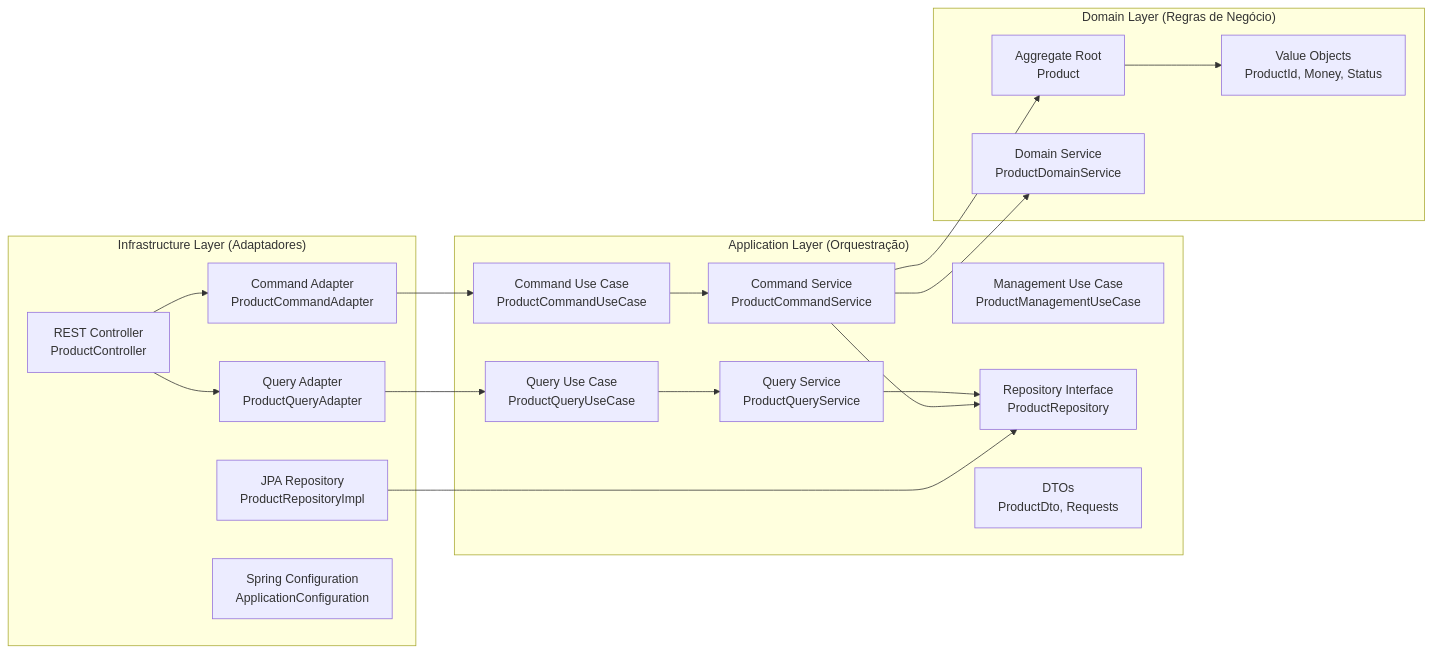
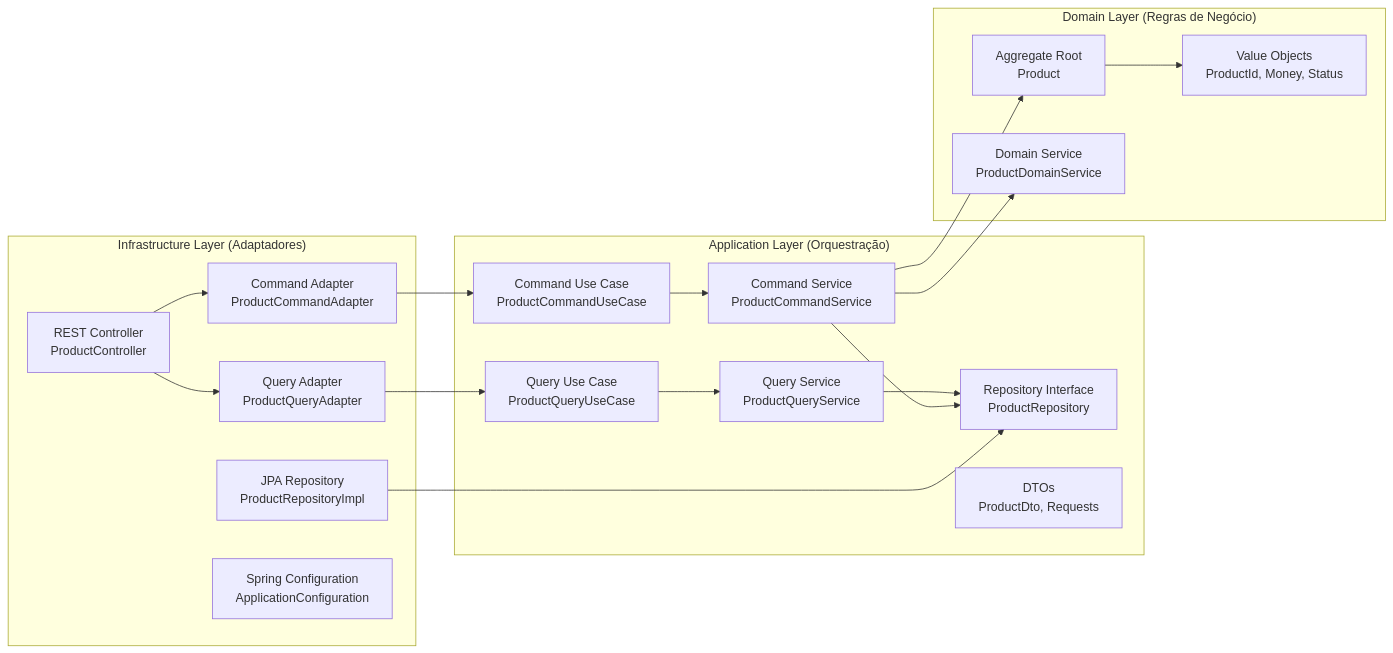
Before and after one commit to cvagheti/microservice-ddd-hexagonal: the second of 4 diagrams in README.md, drawn with Mermaid. The commit also changed other lines of this file, not shown here.

Commit message:
docs(readme): remove ProductManagementUseCase references from documentation
- Deleted 'ProductManagementUseCase' node from architecture diagram
- Removed 'ProductManagementUseCase' description from Ports section
- Updated documentation to reflect current use case structure without unified interface
- Cleaned up redundant lines to maintain clarity and consistency

````diff
--- a/README.md
+++ b/README.md
@@ -84,43 +84,42 @@
 ```mermaid
 graph LR
     subgraph "Infrastructure Layer (Adaptadores)"
         REST["REST Controller<br/>ProductController"]
         CommandAdapter["Command Adapter<br/>ProductCommandAdapter"]
         QueryAdapter["Query Adapter<br/>ProductQueryAdapter"]
         Persistence["JPA Repository<br/>ProductRepositoryImpl"]
         Config["Spring Configuration<br/>ApplicationConfiguration"]
     end
     
     subgraph "Application Layer (Orquestração)"
         CommandService["Command Service<br/>ProductCommandService"]
         QueryService["Query Service<br/>ProductQueryService"]
-        ManagementUseCase["Management Use Case<br/>ProductManagementUseCase"]
         CommandUseCase["Command Use Case<br/>ProductCommandUseCase"]
         QueryUseCase["Query Use Case<br/>ProductQueryUseCase"]
         Repository["Repository Interface<br/>ProductRepository"]
         DTO["DTOs<br/>ProductDto, Requests"]
     end
     
     subgraph "Domain Layer (Regras de Negócio)"
         Entity["Aggregate Root<br/>Product"]
         ValueObject["Value Objects<br/>ProductId, Money, Status"]
         DomainService["Domain Service<br/>ProductDomainService"]
     end
     
     REST --> CommandAdapter
     REST --> QueryAdapter
     
     CommandAdapter --> CommandUseCase
     QueryAdapter --> QueryUseCase
     
     CommandUseCase --> CommandService
     QueryUseCase --> QueryService
     
     CommandService --> DomainService
     QueryService --> Repository
     CommandService --> Repository
     Persistence --> Repository
     
     CommandService --> Entity
     Entity --> ValueObject
 ```
````
